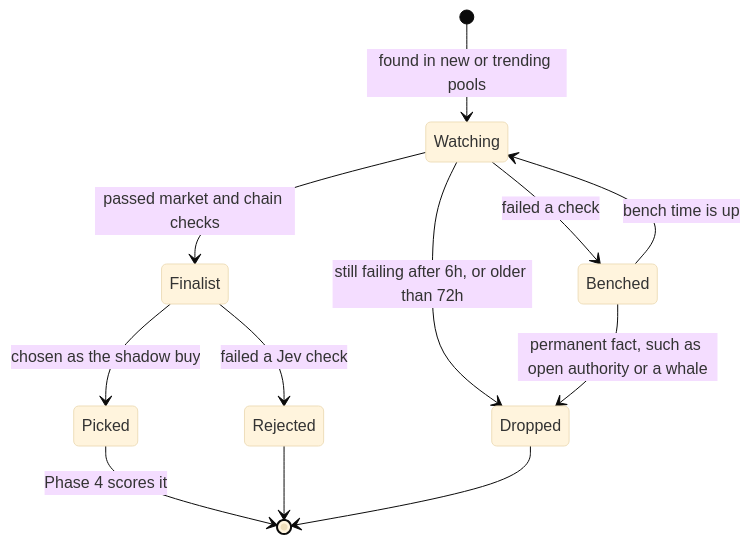
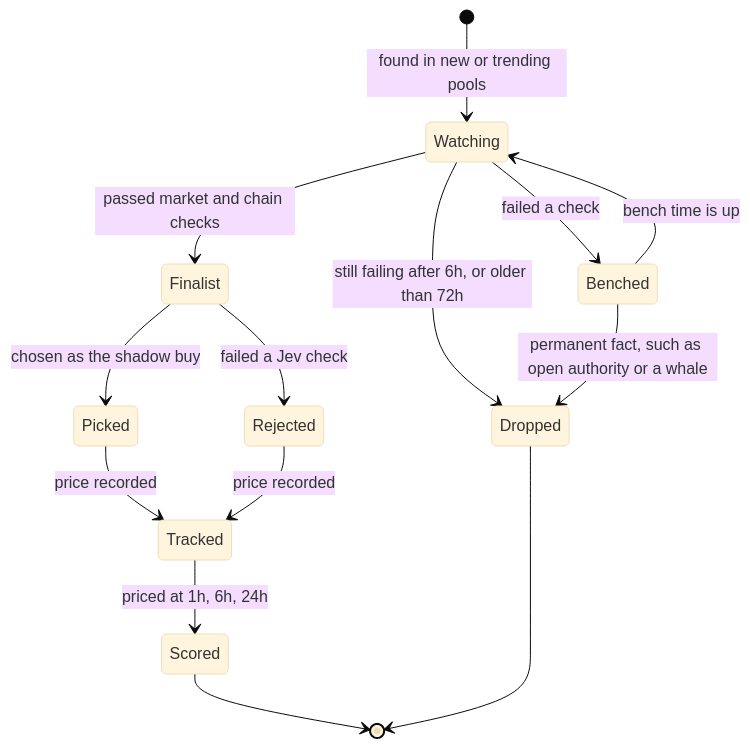
One commit to NickHammer/jev-desk changed the sixth of 7 diagrams in ARCHITECTURE.md. Above: the diagram before and after it, drawn with Mermaid (base theme). The commit also changed other lines of this file and 8 other files, not shown here.

````diff
--- a/ARCHITECTURE.md
+++ b/ARCHITECTURE.md
@@ -114,14 +143,16 @@
 ```mermaid
 stateDiagram-v2
     [*] --> Watching: found in new or trending pools
     Watching --> Benched: failed a check
     Benched --> Watching: bench time is up
     Watching --> Dropped: still failing after 6h, or older than 72h
     Benched --> Dropped: permanent fact, such as open authority or a whale
     Watching --> Finalist: passed market and chain checks
     Finalist --> Rejected: failed a Jev check
     Finalist --> Picked: chosen as the shadow buy
-    Picked --> [*]: Phase 4 scores it
-    Rejected --> [*]
+    Picked --> Tracked: price recorded
+    Rejected --> Tracked: price recorded
+    Tracked --> Scored: priced at 1h, 6h, 24h
+    Scored --> [*]
     Dropped --> [*]
 ```
````
